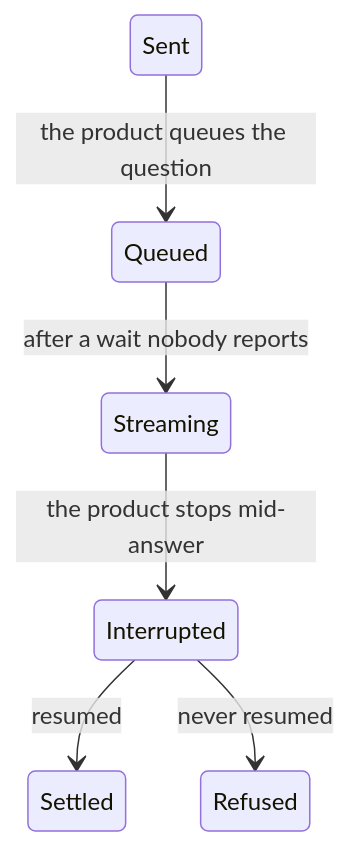
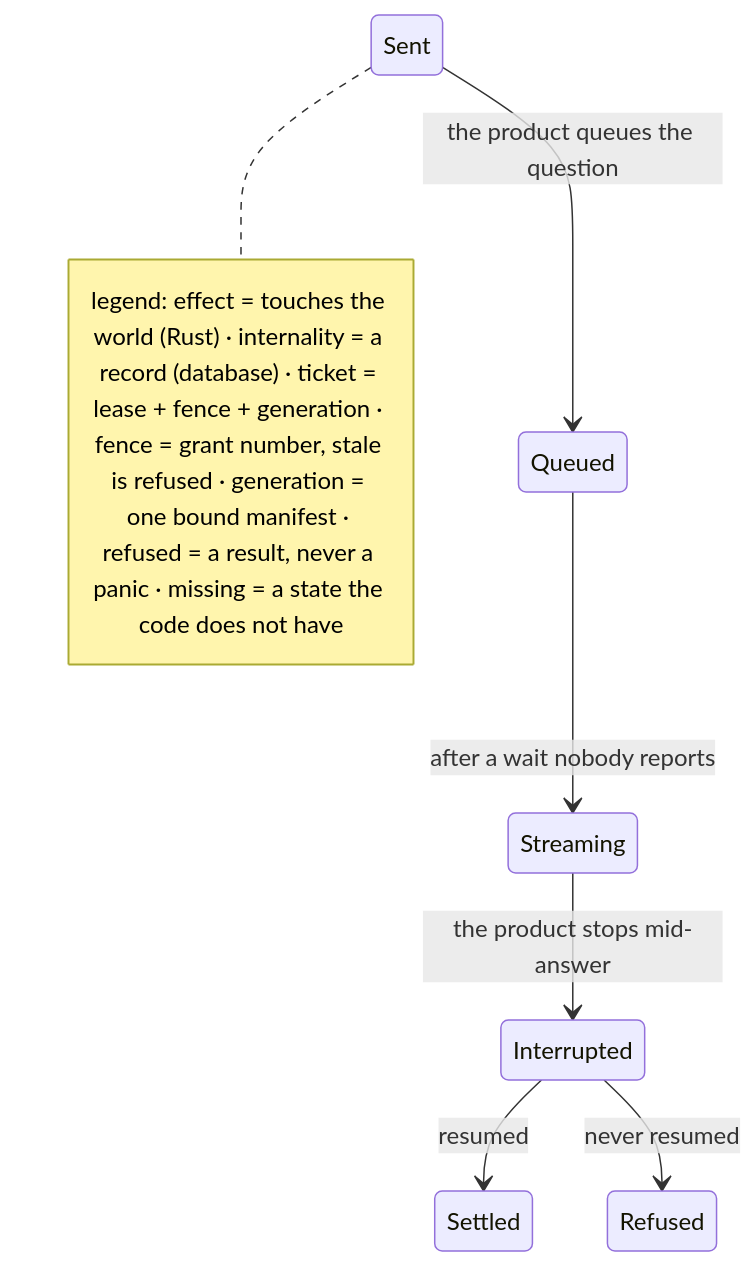
The fourth of 4 diagrams in docs/diagram/30-Chat.md (MergedBeastAgito/Agito), drawn with Mermaid before and after one commit. The commit also changed other lines of this file and 16 other files, not shown here.

First line of the commit message:
refactor(rust): add authority abstraction, seal, and ticket improvements

````diff
--- a/docs/diagram/30-Chat.md
+++ b/docs/diagram/30-Chat.md
@@ -71,8 +78,11 @@
 ```mermaid
 stateDiagram-v2
 	Sent --> Queued: the product queues the question
 	Queued --> Streaming: after a wait nobody reports
 	Streaming --> Interrupted: the product stops mid-answer
 	Interrupted --> Settled: resumed
 	Interrupted --> Refused: never resumed
+	note right of Sent
+		legend: effect = touches the world (Rust) · internality = a record (database) · ticket = lease + fence + generation · fence = grant number, stale is refused · generation = one bound manifest · refused = a result, never a panic · missing = a state the code does not have
+	end note
 ```
````
